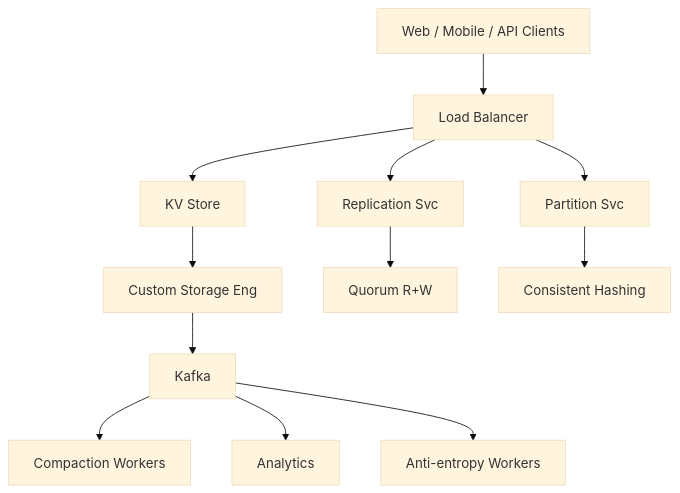
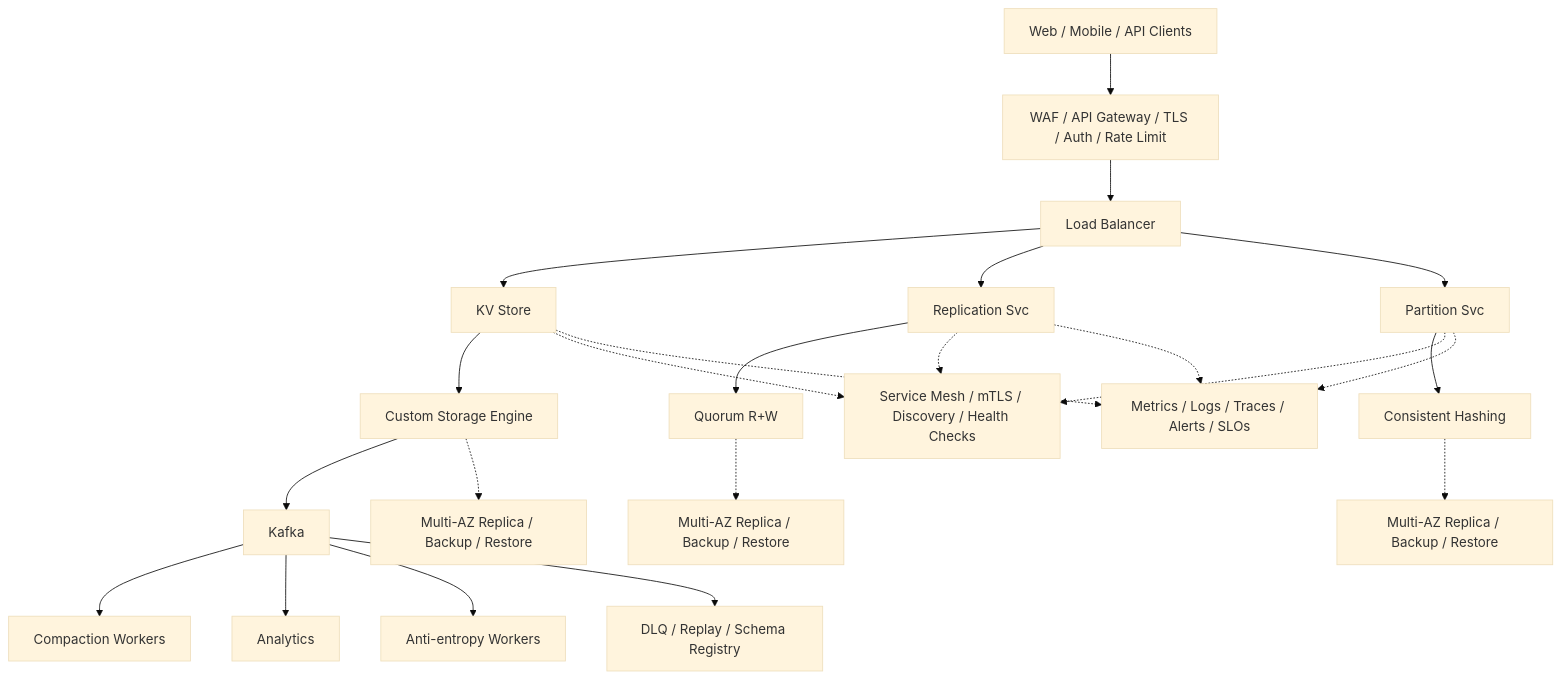
Before and after one commit to aishwary11/system-design: the diagram in system-design-key-value-store.md, drawn with Mermaid (base theme). The commit also changed 31 other files, not shown here.

Commit message:
Add production-grade architecture details

````diff
--- a/system-design-key-value-store.md
+++ b/system-design-key-value-store.md
@@ -38,14 +38,25 @@
 ```mermaid
 flowchart TB
-    clients["Web / Mobile / API Clients"] --> lb["Load Balancer"]
+    clients["Web / Mobile / API Clients"] --> edge["WAF / API Gateway / TLS / Auth / Rate Limit"]
+    edge --> lb["Load Balancer"]
     lb --> svc0["KV Store"]
     lb --> svc1["Replication Svc"]
     lb --> svc2["Partition Svc"]
-    svc0 --> store0["Custom Storage Eng"]
+    svc0 --> store0["Custom Storage Engine"]
     svc1 --> store1["Quorum R+W"]
     svc2 --> store2["Consistent Hashing"]
     store0 --> stream["Kafka"]
     stream --> worker0["Compaction Workers"]
     stream --> worker1["Analytics"]
     stream --> worker2["Anti-entropy Workers"]
+    svc0 -.-> platform["Service Mesh / mTLS / Discovery / Health Checks"]
+    svc1 -.-> platform
+    svc2 -.-> platform
+    store0 -.-> backup0["Multi-AZ Replica / Backup / Restore"]
+    store1 -.-> backup1["Multi-AZ Replica / Backup / Restore"]
+    store2 -.-> backup2["Multi-AZ Replica / Backup / Restore"]
+    stream --> dlq["DLQ / Replay / Schema Registry"]
+    svc0 -.-> ops["Metrics / Logs / Traces / Alerts / SLOs"]
+    svc1 -.-> ops
+    svc2 -.-> ops
 ```
````
